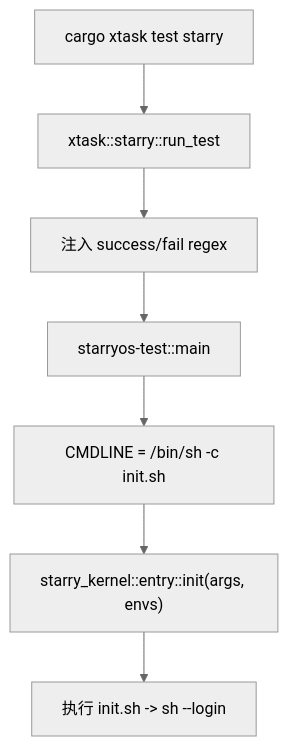
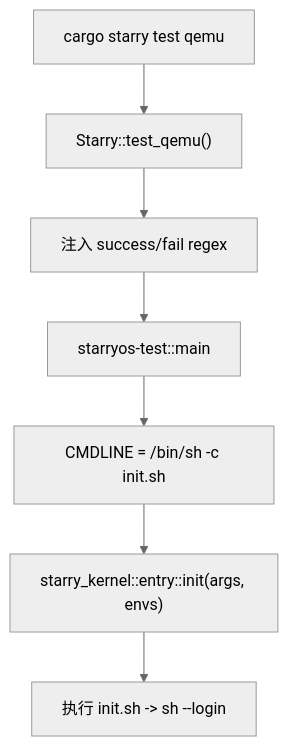
One commit to rcore-os/tgoskits changed the first of 2 diagrams in docs/crates/starryos-test.md. Above: the diagram before and after it, drawn with Mermaid (neutral theme). The commit also changed other lines of this file and 28 other files, not shown here.

First line of the commit message:
feat: Introduce Axvisor and Starry test command structures

````diff
--- a/docs/crates/starryos-test.md
+++ b/docs/crates/starryos-test.md
@@ -36,9 +36,9 @@
 ```mermaid
 flowchart TD
-    Test["cargo xtask test starry"] --> Xtask["xtask::starry::run_test"]
+    Test["cargo starry test qemu"] --> Xtask["Starry::test_qemu()"]
     Xtask --> Regex["注入 success/fail regex"]
     Regex --> Main["starryos-test::main"]
     Main --> Cmd["CMDLINE = /bin/sh -c init.sh"]
     Cmd --> Entry["starry_kernel::entry::init(args, envs)"]
     Entry --> Shell["执行 init.sh -> sh --login"]
 ```
````
